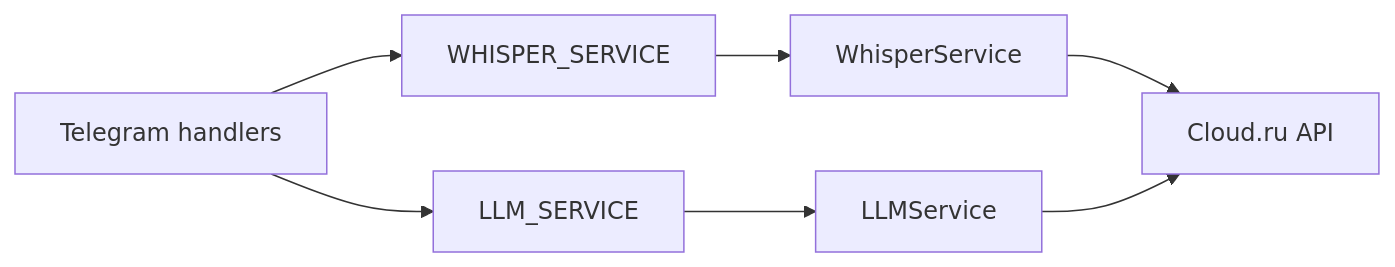
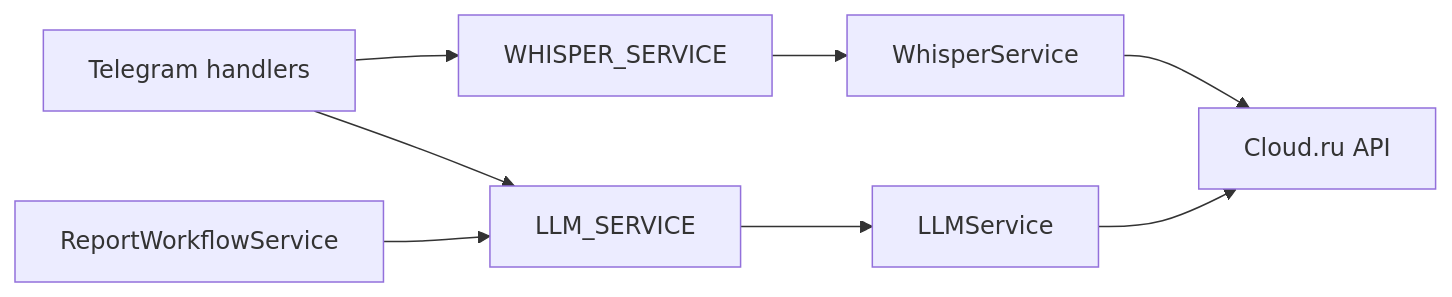
One commit to moredark/talking-bob changed the second of 2 diagrams in docs/architecture/02-backend-module-map.md. Above: the diagram before and after it, drawn with Mermaid. The commit also changed other lines of this file and 21 other files, not shown here.

Commit message:
refactor: extract report workflow logic into a new service

````diff
--- a/docs/architecture/02-backend-module-map.md
+++ b/docs/architecture/02-backend-module-map.md
@@ -82,9 +107,10 @@
 ```mermaid
 flowchart LR
     handlers[Telegram handlers] --> wt[WHISPER_SERVICE]
     handlers --> lt[LLM_SERVICE]
+    workflow[ReportWorkflowService] --> lt
     wt --> whisper[WhisperService]
     lt --> llm[LLMService]
     whisper --> cloud[Cloud.ru API]
     llm --> cloud
 ```
````
